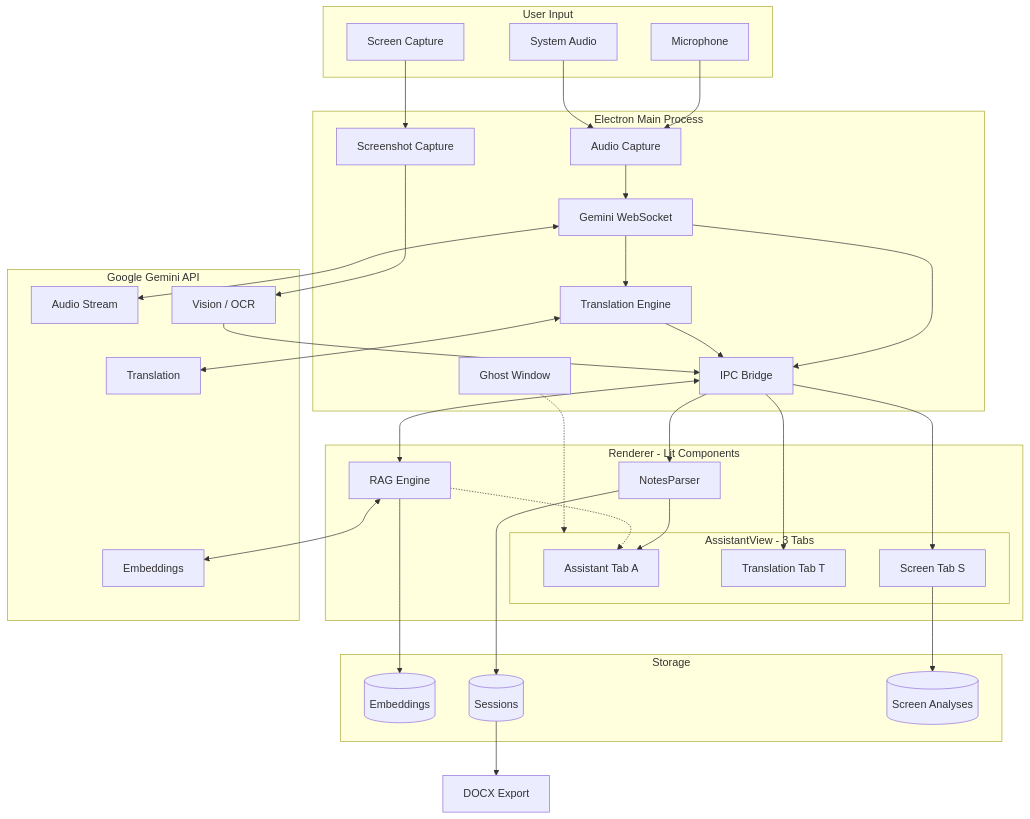
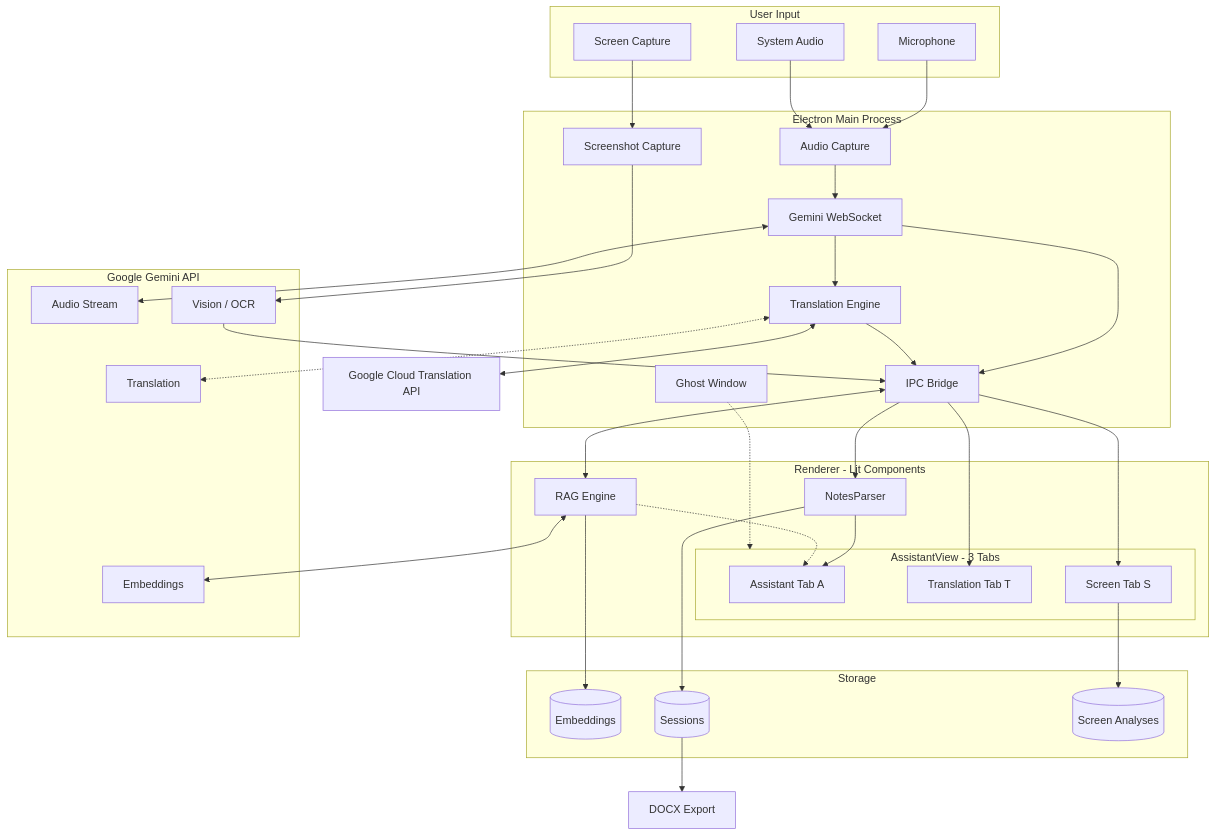
The diagram in arch-final.mmd (harsh194/assistant), drawn with Mermaid before and after one commit. The commit also changed 10 other files, not shown here.

```diff
--- a/arch-final.mmd
+++ b/arch-final.mmd
@@ -1,67 +1,70 @@
 flowchart TB
     subgraph Input[User Input]
         MIC[Microphone]
         SYS[System Audio]
         SCREEN[Screen Capture]
     end
 
     subgraph Electron[Electron Main Process]
         GW[Ghost Window]
         AC[Audio Capture]
         SC[Screenshot Capture]
         WS[Gemini WebSocket]
         TRANS[Translation Engine]
         IPC[IPC Bridge]
     end
 
     subgraph Lit[Renderer - Lit Components]
         NP[NotesParser]
         RAG[RAG Engine]
         subgraph Tabs[AssistantView - 3 Tabs]
             TAB_A[Assistant Tab A]
             TAB_T[Translation Tab T]
             TAB_S[Screen Tab S]
         end
     end
 
     subgraph Data[Storage]
         EMB[(Embeddings)]
         SESS[(Sessions)]
         SA[(Screen Analyses)]
     end
 
     subgraph API[Google Gemini API]
         AUDIO[Audio Stream]
         EMBED[Embeddings]
         OCR[Vision / OCR]
         TRANSL[Translation]
     end
 
+    GCLOUD[Google Cloud Translation API]
+
     MIC --> AC
     SYS --> AC
     AC --> WS
     WS <--> AUDIO
     WS --> IPC
     IPC --> NP
     NP --> TAB_A
 
     SCREEN --> SC
     SC --> OCR
     OCR --> IPC
     IPC --> TAB_S
     TAB_S --> SA
 
     WS --> TRANS
-    TRANS <--> TRANSL
+    TRANS <--> GCLOUD
+    TRANS <-.-> TRANSL
     TRANS --> IPC
     IPC --> TAB_T
 
     RAG <--> EMBED
     RAG --> EMB
     RAG -.-> TAB_A
 
     GW -.-> Tabs
     IPC <--> RAG
 
     NP --> SESS
     SESS --> DOCX[DOCX Export]
```
